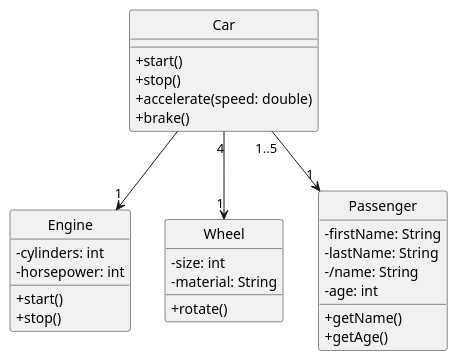
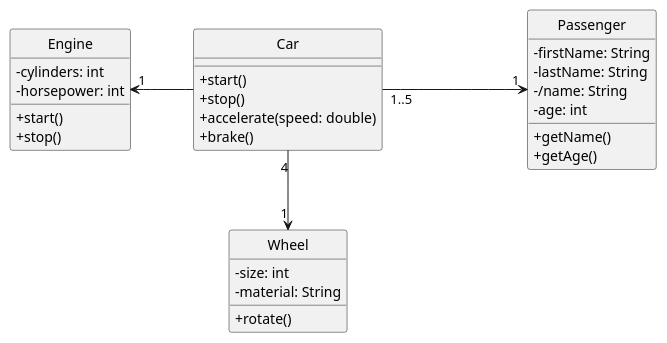
Before and after one commit to gigl-uml/Guide_uml_polymtl: the diagram in plant_uml/attributeRelationExample.plantuml, drawn with PlantUML. The commit also changed 3 other files, not shown here.

```diff
--- a/plant_uml/attributeRelationExample.plantuml
+++ b/plant_uml/attributeRelationExample.plantuml
@@ -1,38 +1,38 @@
 @startuml
 hide circle
 skinparam classAttributeIconSize 0
 
 class Car {
   + start()
   + stop()
   + accelerate(speed: double)
   + brake()
 }
 
 class Engine {
   - cylinders: int
   - horsepower: int
   + start()
   + stop()
 }
 
 class Wheel {
   - size: int
   - material: String
   + rotate()
 }
 
 class Passenger {
   - firstName: String
   - lastName: String
   - /name: String
   - age: int
   + getName()
   + getAge()
 }
 
-Car --> "1" Engine
+Car -l-> "1" Engine : \t
 Car "4" --> "1" Wheel
-Car "1..5" --> "1" Passenger
+Car "1..5" -r-> "1" Passenger : \t\t\t\t
 
 @enduml
```
